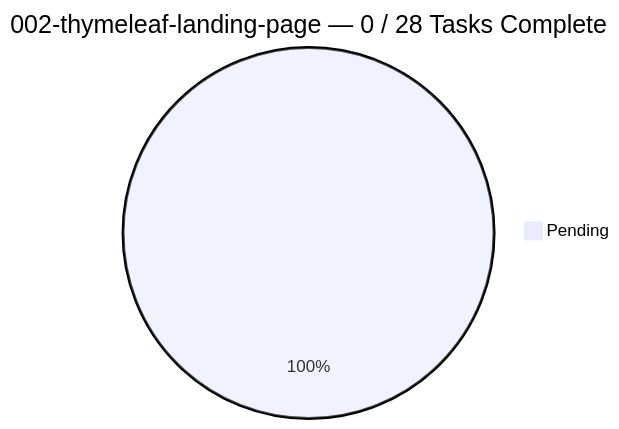
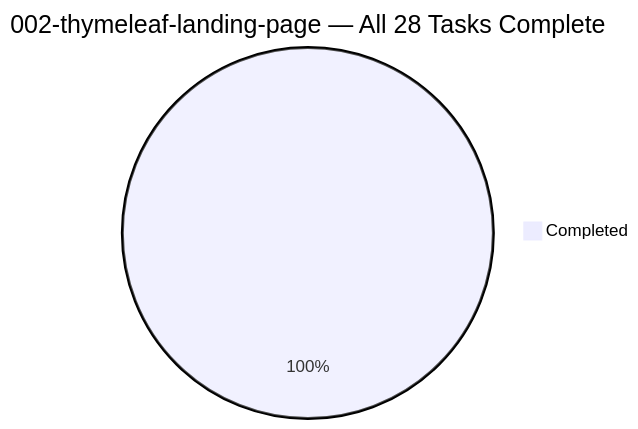
The third of 4 diagrams in specs/status-dashboard.md (Anton-Ch/resumainer-java-vue-web-app), drawn with Mermaid before and after one commit. The commit also changed other lines of this file and 9 other files, not shown here.

````diff
--- a/specs/status-dashboard.md
+++ b/specs/status-dashboard.md
@@ -36,4 +36,4 @@
 ```mermaid
-pie title 002-thymeleaf-landing-page — 0 / 28 Tasks Complete
-    "Pending" : 28
+pie title 002-thymeleaf-landing-page — All 28 Tasks Complete
+    "Completed" : 28
 ```
````
